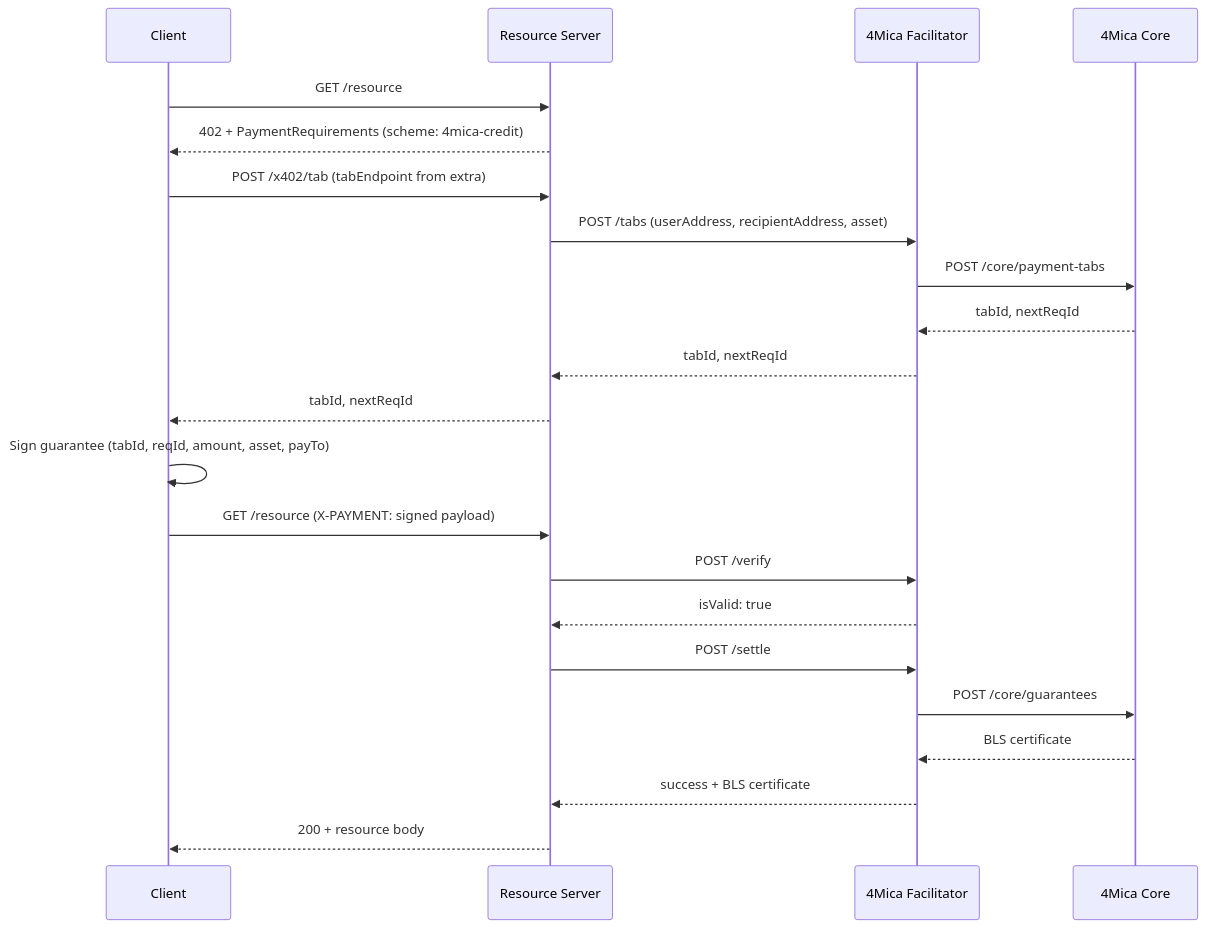
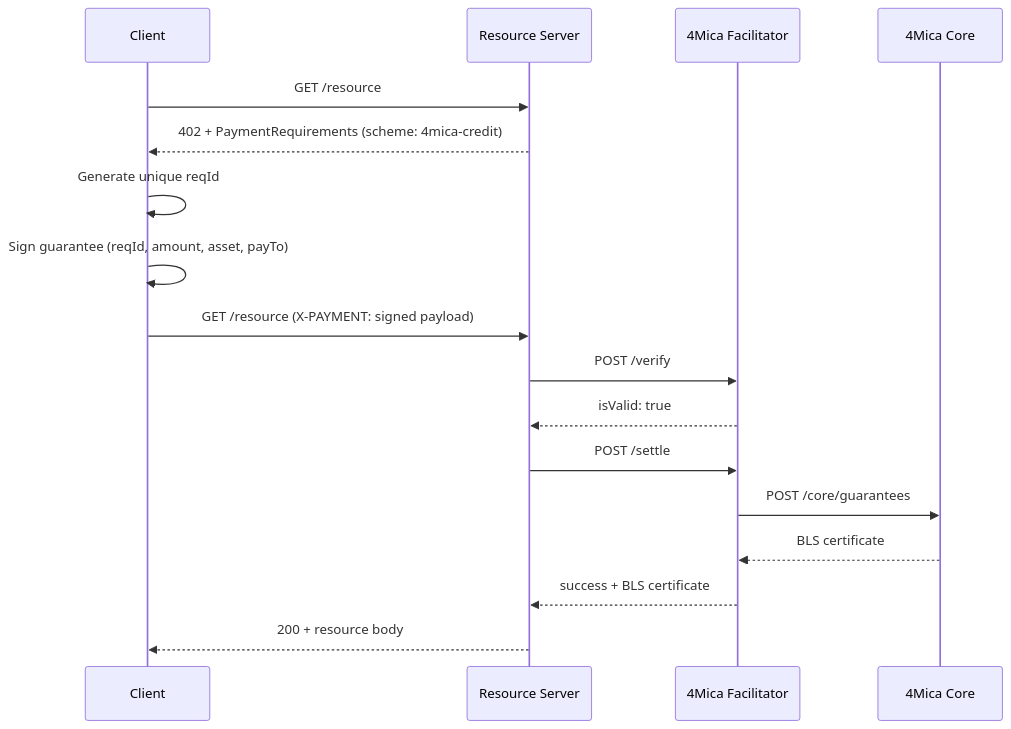
The second of 2 diagrams in docs/core-concepts/how-x402-works.mdx (4mica-Network/4mica), drawn with Mermaid before and after one commit. The commit also changed other lines of this file and 68 other files, not shown here.

````diff
--- a/docs/core-concepts/how-x402-works.mdx
+++ b/docs/core-concepts/how-x402-works.mdx
@@ -89,25 +86,20 @@
 ```mermaid
 sequenceDiagram
     participant C as Client
     participant R as Resource Server
     participant F as 4Mica Facilitator
     participant Core as 4Mica Core
 
     C->>R: GET /resource
     R-->>C: 402 + PaymentRequirements (scheme: 4mica-credit)
-    C->>R: POST /x402/tab (tabEndpoint from extra)
-    R->>F: POST /tabs (userAddress, recipientAddress, asset)
-    F->>Core: POST /core/payment-tabs
-    Core-->>F: tabId, nextReqId
-    F-->>R: tabId, nextReqId
-    R-->>C: tabId, nextReqId
-    C->>C: Sign guarantee (tabId, reqId, amount, asset, payTo)
+    C->>C: Generate unique reqId
+    C->>C: Sign guarantee (reqId, amount, asset, payTo)
     C->>R: GET /resource (X-PAYMENT: signed payload)
     R->>F: POST /verify
     F-->>R: isValid: true
     R->>F: POST /settle
     F->>Core: POST /core/guarantees
     Core-->>F: BLS certificate
     F-->>R: success + BLS certificate
     R-->>C: 200 + resource body
 ```
````
